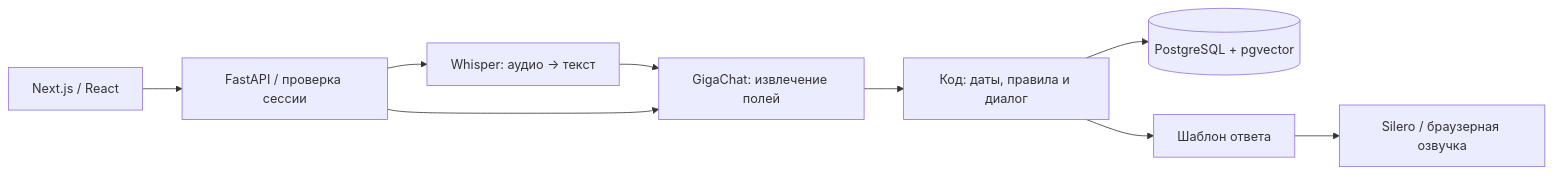
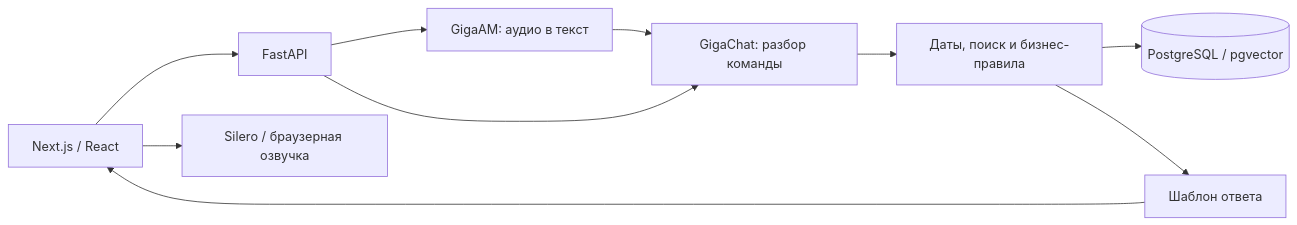
The diagram in README.md (qwexas/testovoe-gorkycode), drawn with Mermaid before and after one commit. The commit also changed other lines of this file, not shown here.

````diff
--- a/README.md
+++ b/README.md
@@ -171,11 +264,12 @@
 ```mermaid
 flowchart LR
-  UI[Next.js / React] --> API[FastAPI / проверка сессии]
-  API --> STT[Whisper: аудио → текст]
-  STT --> NLU[GigaChat: извлечение полей]
+  UI[Next.js / React] --> API[FastAPI]
+  API --> STT[GigaAM: аудио в текст]
+  STT --> NLU[GigaChat: разбор команды]
   API --> NLU
-  NLU --> Rules[Код: даты, правила и диалог]
-  Rules --> DB[(PostgreSQL + pgvector)]
-  Rules --> Reply[Шаблон ответа]
-  Reply --> TTS[Silero / браузерная озвучка]
+  NLU --> Logic[Даты, поиск и бизнес-правила]
+  Logic --> DB[(PostgreSQL / pgvector)]
+  Logic --> Reply[Шаблон ответа]
+  Reply --> UI
+  UI --> TTS[Silero / браузерная озвучка]
 ```
````
